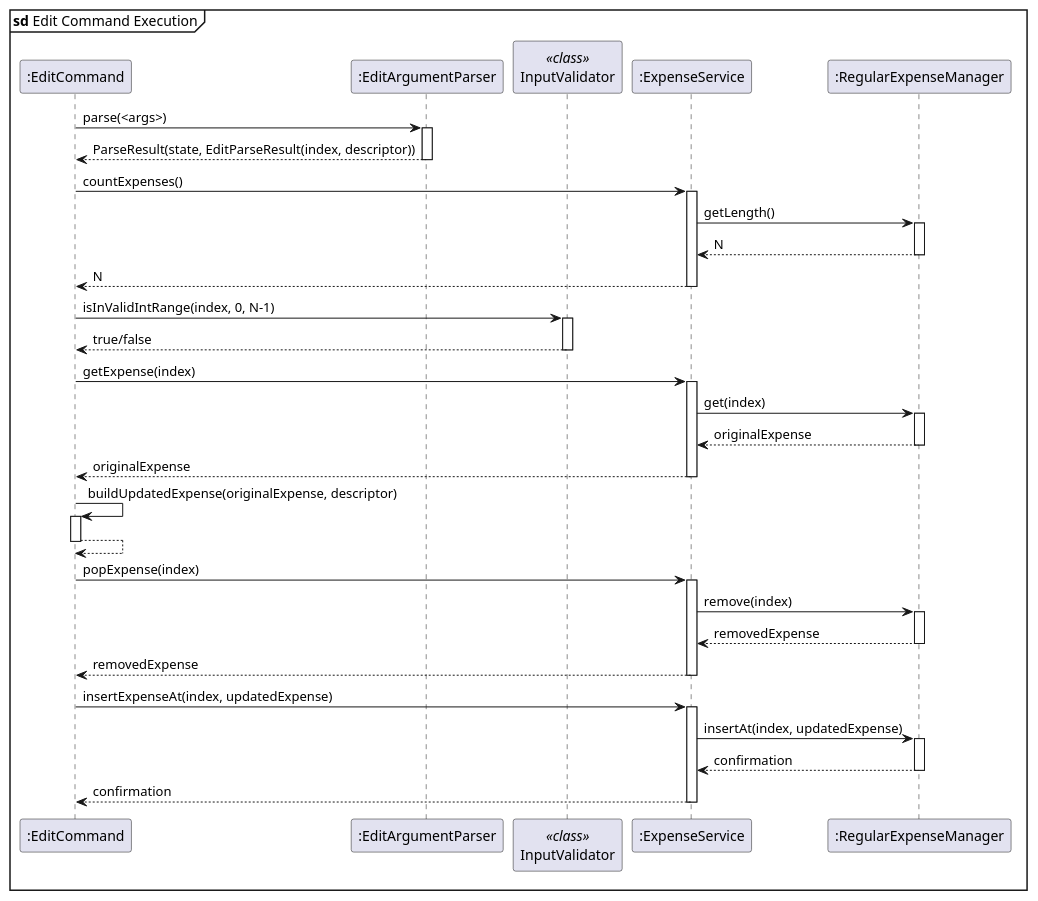
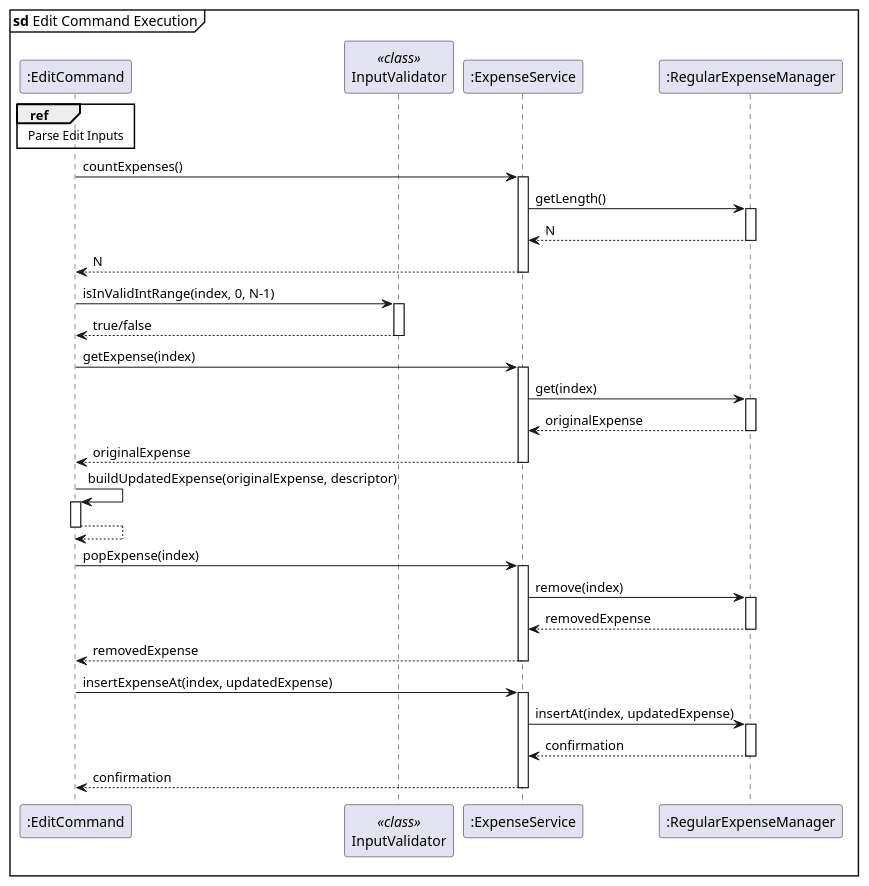
One commit to randust/tp changed the diagram in docs/diagrams/sequence/edit.puml. Above: the diagram before and after it, drawn with PlantUML. The commit also changed 4 other files, not shown here.

```diff
--- a/docs/diagrams/sequence/edit.puml
+++ b/docs/diagrams/sequence/edit.puml
@@ -2,77 +2,79 @@
 @startuml editCommand
 
 mainframe **sd** Edit Command Execution
 participant ":EditCommand" as EditCmd
-participant ":EditArgumentParser" as Parser
+'participant ":EditArgumentParser" as Parser
 participant "InputValidator" as Validator <<class>>
 participant ":ExpenseService" as ExpenseSvc
 participant ":RegularExpenseManager" as RegExpMgr
 
+ref over EditCmd
+Parse Edit Inputs
+end ref
+'EditCmd -> Parser : parse(<args>)
+'activate Parser
 
-EditCmd -> Parser : parse(<args>)
-activate Parser
-
-Parser --> EditCmd : ParseResult(state, EditParseResult(index, descriptor))
-deactivate Parser
+'Parser --> EditCmd : ParseResult(state, EditParseResult(index, descriptor))
+'deactivate Parser
 
 EditCmd -> ExpenseSvc : countExpenses()
 activate ExpenseSvc
 
 ExpenseSvc -> RegExpMgr : getLength()
 activate RegExpMgr
 
 RegExpMgr --> ExpenseSvc : N
 deactivate RegExpMgr
 
 ExpenseSvc --> EditCmd : N
 deactivate ExpenseSvc
 
 EditCmd -> Validator : isInValidIntRange(index, 0, N-1)
 activate Validator
 
 Validator --> EditCmd : true/false
 deactivate Validator
 
 EditCmd -> ExpenseSvc : getExpense(index)
 activate ExpenseSvc
 
 ExpenseSvc -> RegExpMgr : get(index)
 activate RegExpMgr
 
 RegExpMgr --> ExpenseSvc : originalExpense
 deactivate RegExpMgr
 
 ExpenseSvc --> EditCmd : originalExpense
 deactivate ExpenseSvc
 
 EditCmd -> EditCmd : buildUpdatedExpense(originalExpense, descriptor)
 activate EditCmd
 
 EditCmd --> EditCmd
 deactivate EditCmd
 
 EditCmd -> ExpenseSvc : popExpense(index)
 activate ExpenseSvc
 
 ExpenseSvc -> RegExpMgr : remove(index)
 activate RegExpMgr
 
 RegExpMgr --> ExpenseSvc : removedExpense
 deactivate RegExpMgr
 
 ExpenseSvc --> EditCmd : removedExpense
 deactivate ExpenseSvc
 
 EditCmd -> ExpenseSvc : insertExpenseAt(index, updatedExpense)
 activate ExpenseSvc
 
 ExpenseSvc -> RegExpMgr : insertAt(index, updatedExpense)
 activate RegExpMgr
 
 RegExpMgr --> ExpenseSvc : confirmation
 deactivate RegExpMgr
 
 ExpenseSvc --> EditCmd : confirmation
 deactivate ExpenseSvc
 
 @enduml
```
